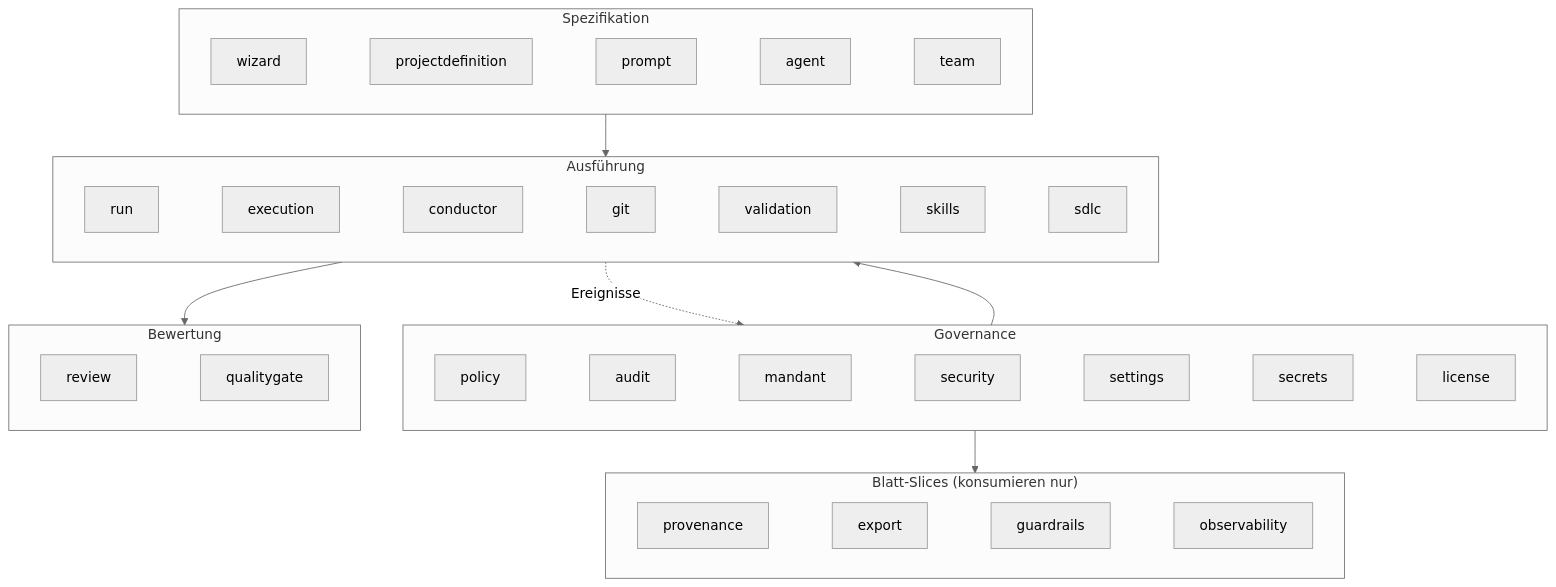
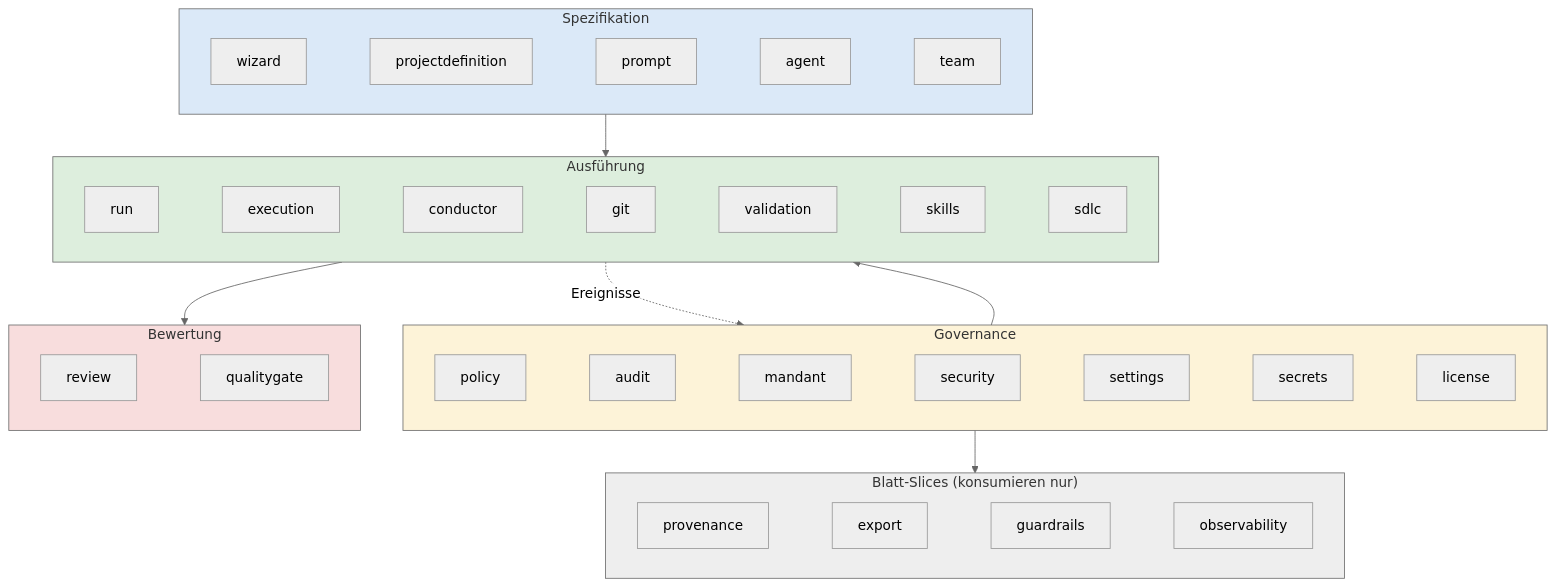
Before and after one commit to mjanda0815/agentic-publikation: the diagram in abbildungen/abb23.mmd, drawn with Mermaid (neutral theme). The commit also changed 62 other files, not shown here.

```diff
--- a/abbildungen/abb23.mmd
+++ b/abbildungen/abb23.mmd
@@ -1,26 +1,31 @@
 flowchart TB
     subgraph SPEC["Spezifikation"]
         direction LR
         WIZ["wizard"] ~~~ PD["projectdefinition"] ~~~ PR["prompt"] ~~~ AG["agent"] ~~~ TE["team"]
     end
     subgraph GOV["Governance"]
         direction LR
         POL["policy"] ~~~ AUD["audit"] ~~~ MAN["mandant"] ~~~ SECU["security"] ~~~ SET["settings"] ~~~ SECR["secrets"] ~~~ LIC["license"]
     end
     subgraph EXEC["Ausführung"]
         direction LR
         RUN["run"] ~~~ EX["execution"] ~~~ CON["conductor"] ~~~ GT["git"] ~~~ VAL["validation"] ~~~ SK["skills"] ~~~ SD["sdlc"]
     end
     subgraph QUAL["Bewertung"]
         direction LR
         REV["review"] ~~~ QG["qualitygate"]
     end
     subgraph LEAF["Blatt-Slices (konsumieren nur)"]
         direction LR
         PROV["provenance"] ~~~ EXP["export"] ~~~ GR["guardrails"] ~~~ OBS["observability"]
     end
     SPEC --> EXEC
     GOV --> EXEC
     EXEC --> QUAL
     EXEC -. "Ereignisse" .-> GOV
     GOV --> LEAF
+    style SPEC fill:#dbe9f8
+    style EXEC fill:#ddeedd
+    style QUAL fill:#f8dddd
+    style GOV fill:#fdf3d8
+    style LEAF fill:#eeeeee
```
